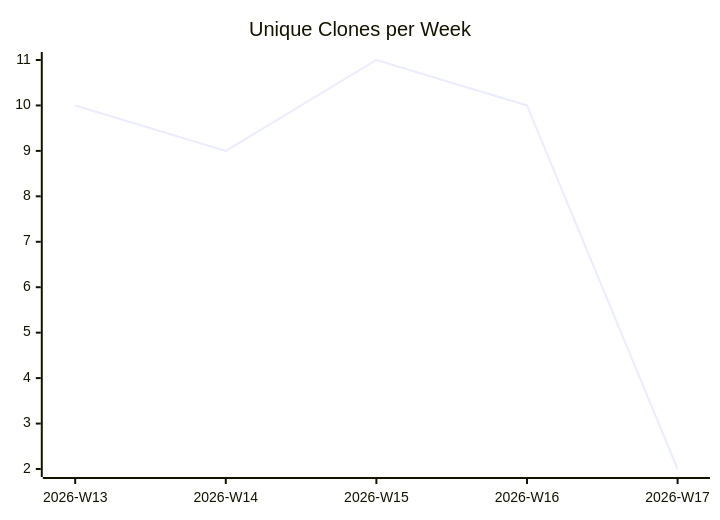
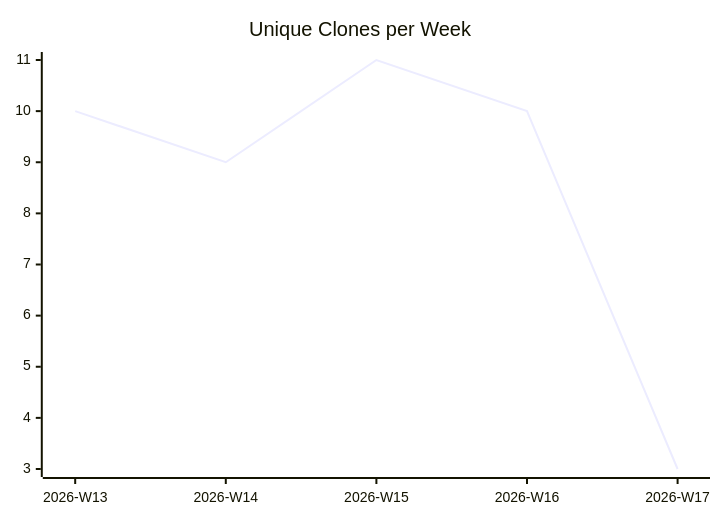
One commit to justdavis-family/github-analytics-data changed the third of 3 diagrams in karlmdavis/usgs-water-api-java/README.md. Above: the diagram before and after it, drawn with Mermaid. The commit also changed other lines of this file and 198 other files, not shown here.

````diff
--- a/karlmdavis/usgs-water-api-java/README.md
+++ b/karlmdavis/usgs-water-api-java/README.md
@@ -19,6 +19,6 @@
 ```mermaid
 xychart-beta
   title "Unique Clones per Week"
   x-axis ["2026-W13", "2026-W14", "2026-W15", "2026-W16", "2026-W17"]
-  line [10, 9, 11, 10, 2]
+  line [10, 9, 11, 10, 3]
 ```
````
